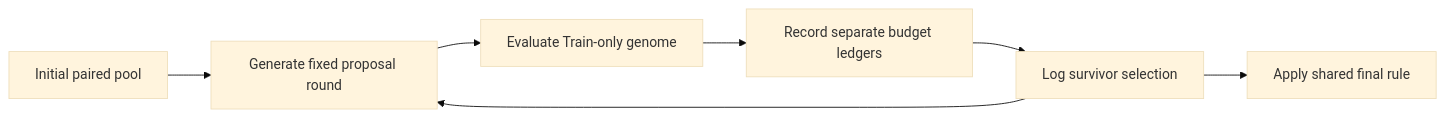
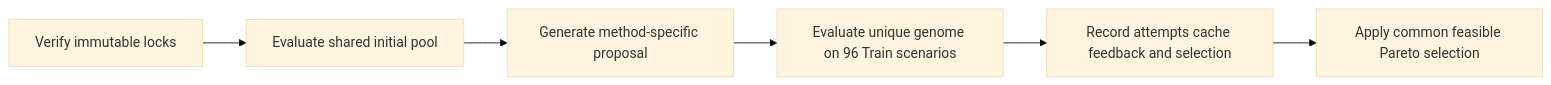
The diagram in 103_D092_TRAIN_ONLY_PREREGISTRATION.md (yujian777555/kaitibaogao), drawn with Mermaid (base theme) before and after one commit. The commit also changed other lines of this file and 6 other files, not shown here.

````diff
--- a/103_D092_TRAIN_ONLY_PREREGISTRATION.md
+++ b/103_D092_TRAIN_ONLY_PREREGISTRATION.md
@@ -102,12 +160,11 @@
 ```mermaid
 flowchart LR
-    accTitle: D-092 auditable search loop
-    accDescr: Fixed Train-only proposals flow through paired evaluation, separate budget ledgers, logged survivor selection and a shared final choice
+    accTitle: D-092 R1 controlled comparison
+    accDescr: Five paired arms use the same immutable Train set and true evaluation budget while preserving separate algorithm identities and complete audit logs
 
-    initial[Initial paired pool] --> propose[Generate fixed proposal round]
-    propose --> evaluate[Evaluate Train-only genome]
-    evaluate --> ledger[Record separate budget ledgers]
-    ledger --> select[Log survivor selection]
-    select --> propose
-    select --> final[Apply shared final rule]
+    lock[Verify immutable locks] --> init[Evaluate shared initial pool]
+    init --> propose[Generate method-specific proposal]
+    propose --> evaluate[Evaluate unique genome on 96 Train scenarios]
+    evaluate --> ledger[Record attempts cache feedback and selection]
+    ledger --> final[Apply common feasible Pareto selection]
 ```
````
